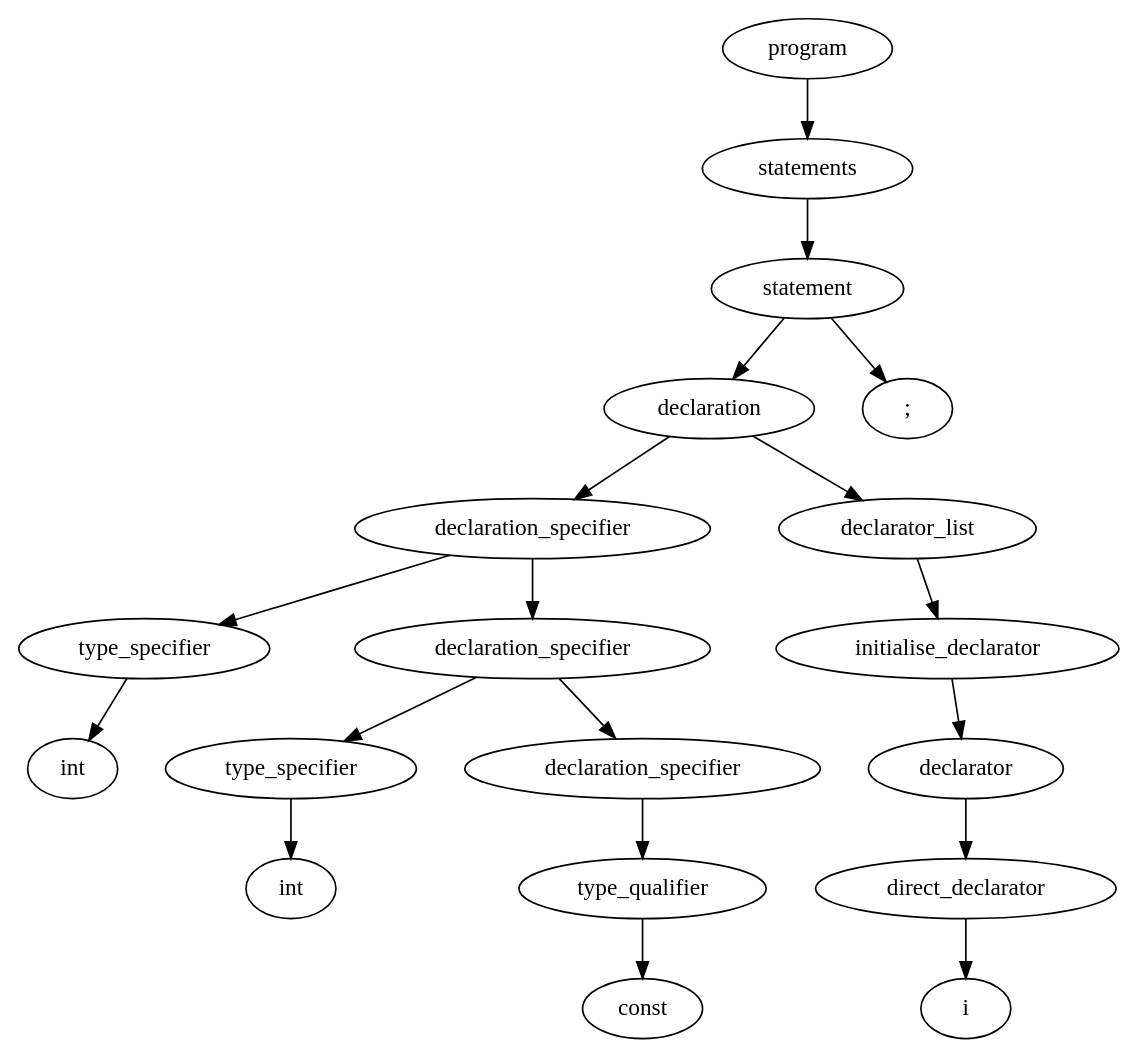
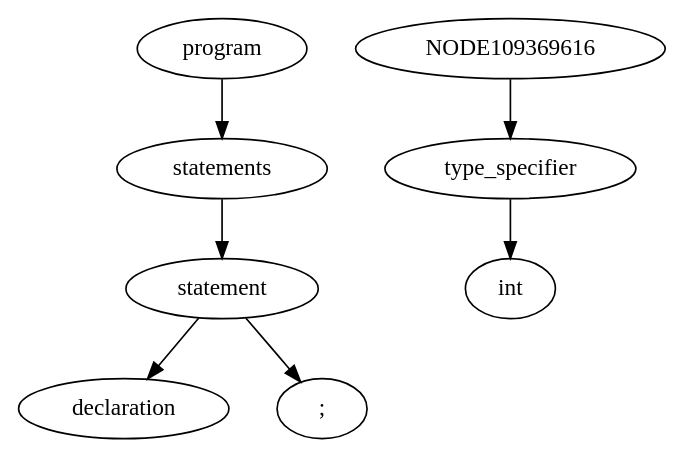
The diagram in grammar/C/CST.dot (MarkVanAcker/C-to-P-compiler), drawn with Graphviz before and after one commit. The commit also changed 18 other files, not shown here.

```diff
--- a/grammar/C/CST.dot
+++ b/grammar/C/CST.dot
@@ -1,42 +1,18 @@
 digraph G
         {
             nodesep = 0.4;
             ranksep = 0.5;
-        	NODE140468336551136[label="program"];
-	NODE140468336087560[label="statements"];
-	NODE140468336551136->NODE140468336087560
-	NODE140468336123296[label="statement"];
-	NODE140468336087560->NODE140468336123296
-	NODE140468336123464[label="declaration"];
-	NODE140468336123296->NODE140468336123464
-	NODE140468336120384[label="declaration_specifier"];
-	NODE140468336123464->NODE140468336120384
-	NODE140468336134688[label="type_specifier"];
-	NODE140468336120384->NODE140468336134688
-	NODE140468336134912[label="int"];
-	NODE140468336134688->NODE140468336134912
-	NODE140468336132728[label="declaration_specifier"];
-	NODE140468336120384->NODE140468336132728
-	NODE140468336164648[label="type_specifier"];
-	NODE140468336132728->NODE140468336164648
-	NODE140468336161288[label="int"];
-	NODE140468336164648->NODE140468336161288
-	NODE140468336163304[label="declaration_specifier"];
-	NODE140468336132728->NODE140468336163304
-	NODE140468336163752[label="type_qualifier"];
-	NODE140468336163304->NODE140468336163752
-	NODE140468336161624[label="const"];
-	NODE140468336163752->NODE140468336161624
-	NODE140468336162352[label="declarator_list"];
-	NODE140468336123464->NODE140468336162352
-	NODE140468336163472[label="initialise_declarator"];
-	NODE140468336162352->NODE140468336163472
-	NODE140468336180024[label="declarator"];
-	NODE140468336163472->NODE140468336180024
-	NODE140468336191528[label="direct_declarator"];
-	NODE140468336180024->NODE140468336191528
-	NODE140468336192088[label="i"];
-	NODE140468336191528->NODE140468336192088
-	NODE140468336189680[label=";"];
-	NODE140468336123296->NODE140468336189680
+        	NODE109216752[label="program"];
+	NODE109218672[label="statements"];
+	NODE109216752->NODE109218672
+	NODE109311344[label="statement"];
+	NODE109218672->NODE109311344
+	NODE109369456[label="declaration"];
+	NODE109311344->NODE109369456
+	NODE109370896[label="type_specifier"];
+	NODE109369616->NODE109370896
+	NODE109368624[label="int"];
+	NODE109370896->NODE109368624
+	NODE109470096[label=";"];
+	NODE109311344->NODE109470096
 }
```
